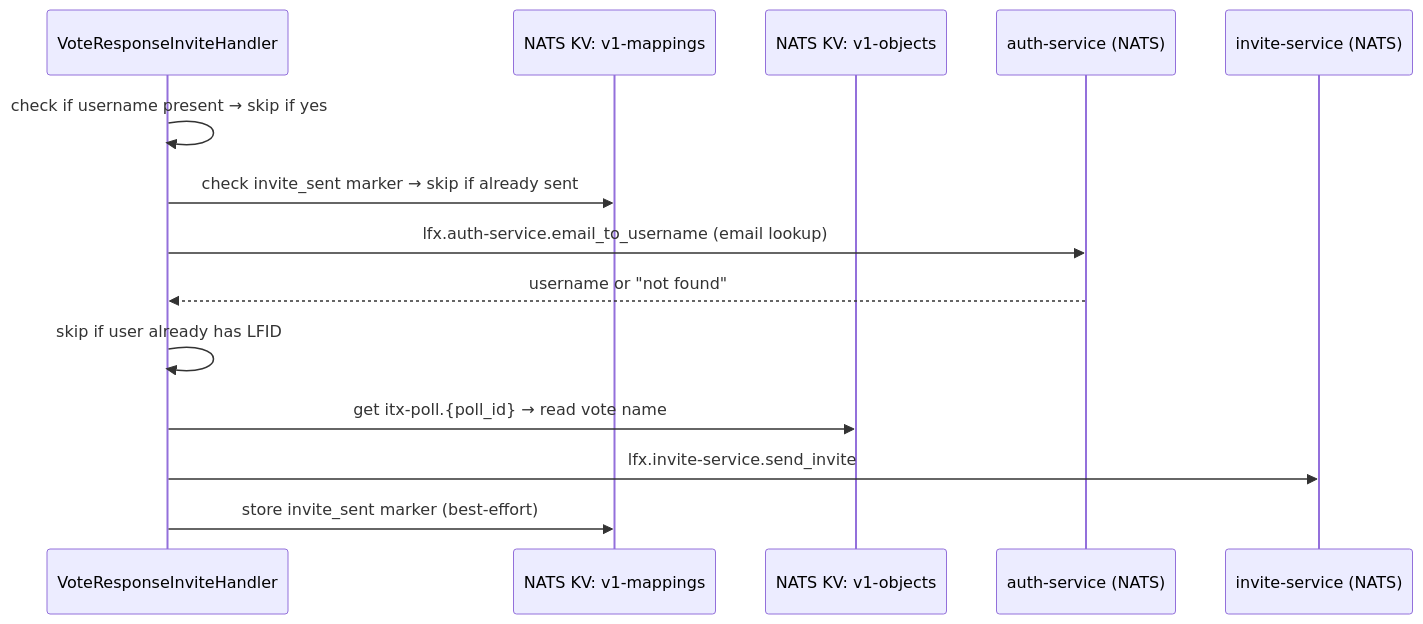
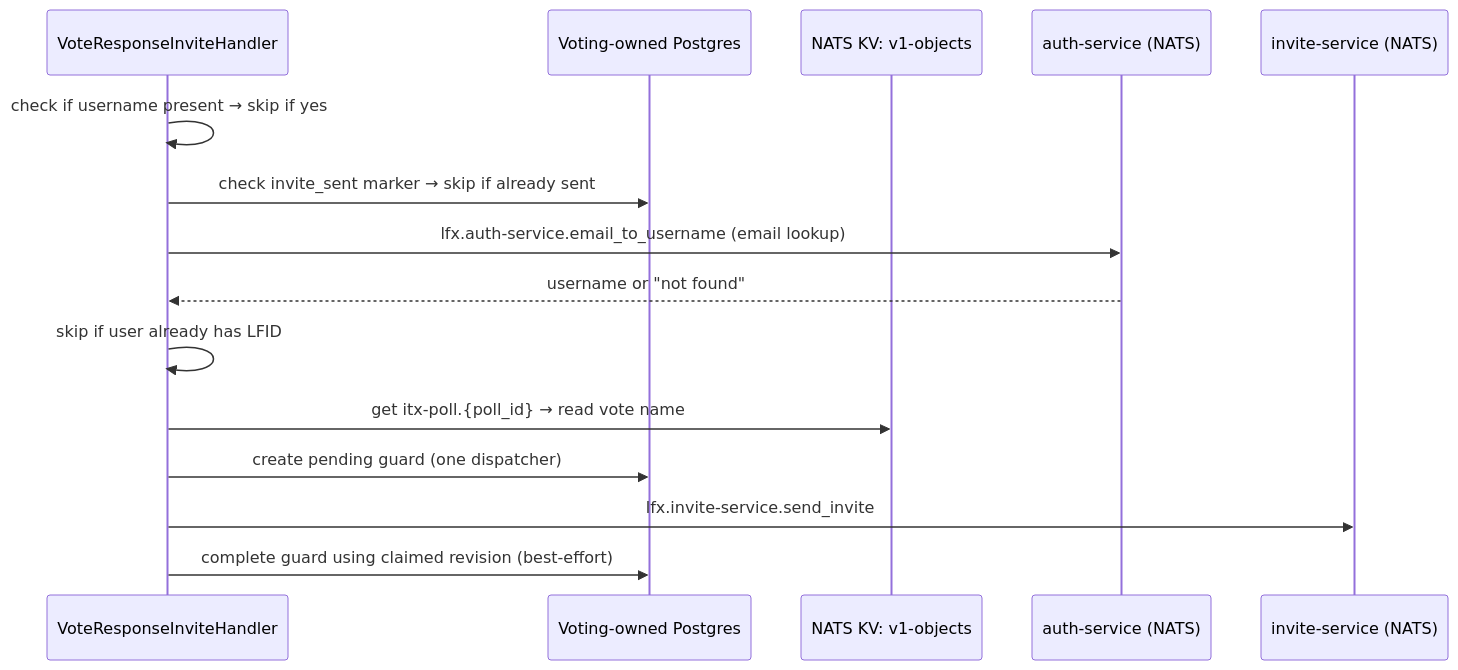
The fourth of 6 diagrams in docs/architecture/data-flow.md (linuxfoundation/lfx-v2-voting-service), drawn with Mermaid before and after one commit. The commit also changed other lines of this file and 51 other files, not shown here.

First line of the commit message:
feat(eventing): move voting processing state to Postgres

````diff
--- a/docs/architecture/data-flow.md
+++ b/docs/architecture/data-flow.md
@@ -155,17 +155,18 @@
 ```mermaid
 sequenceDiagram
     participant Handler as VoteResponseInviteHandler
-    participant Mappings as NATS KV: v1-mappings
+    participant Mappings as Voting-owned Postgres
     participant V1KV as NATS KV: v1-objects
     participant AuthSvc as auth-service (NATS)
     participant InviteSvc as invite-service (NATS)
 
     Handler->>Handler: check if username present → skip if yes
     Handler->>Mappings: check invite_sent marker → skip if already sent
     Handler->>AuthSvc: lfx.auth-service.email_to_username (email lookup)
     AuthSvc-->>Handler: username or "not found"
     Handler->>Handler: skip if user already has LFID
     Handler->>V1KV: get itx-poll.{poll_id} → read vote name
+    Handler->>Mappings: create pending guard (one dispatcher)
     Handler->>InviteSvc: lfx.invite-service.send_invite
-    Handler->>Mappings: store invite_sent marker (best-effort)
+    Handler->>Mappings: complete guard using claimed revision (best-effort)
 ```
````
